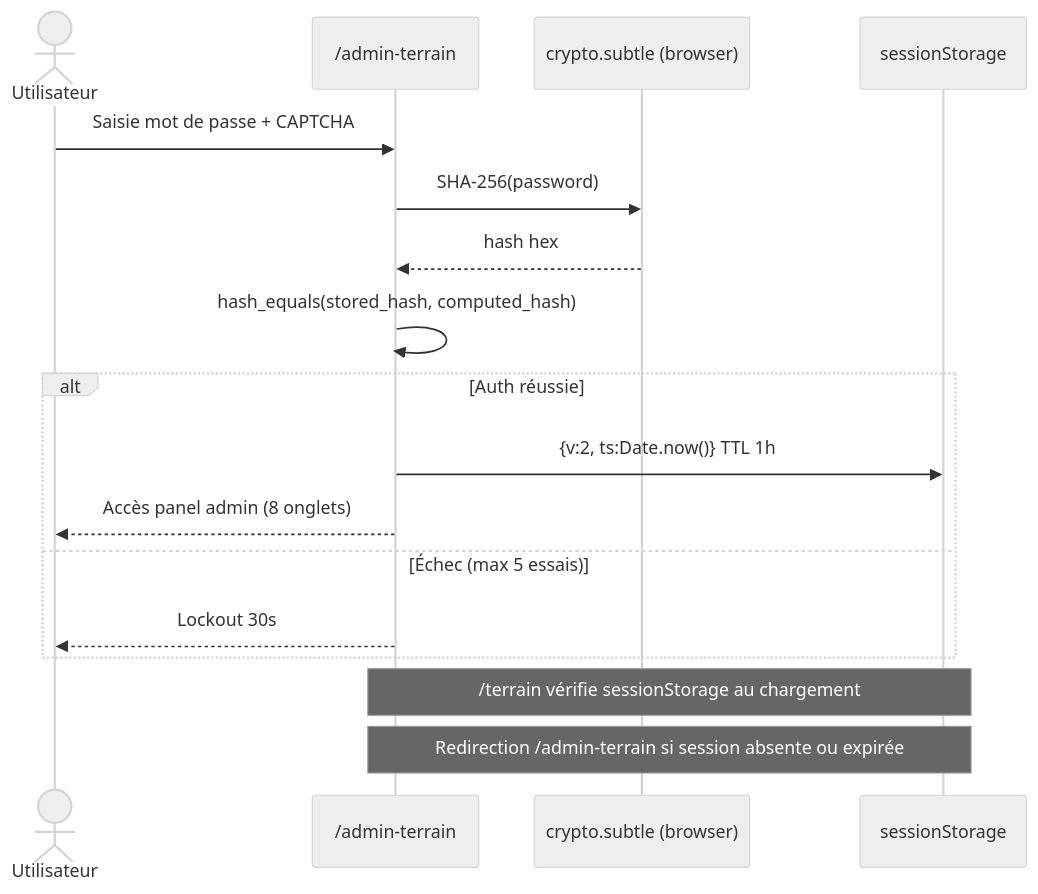
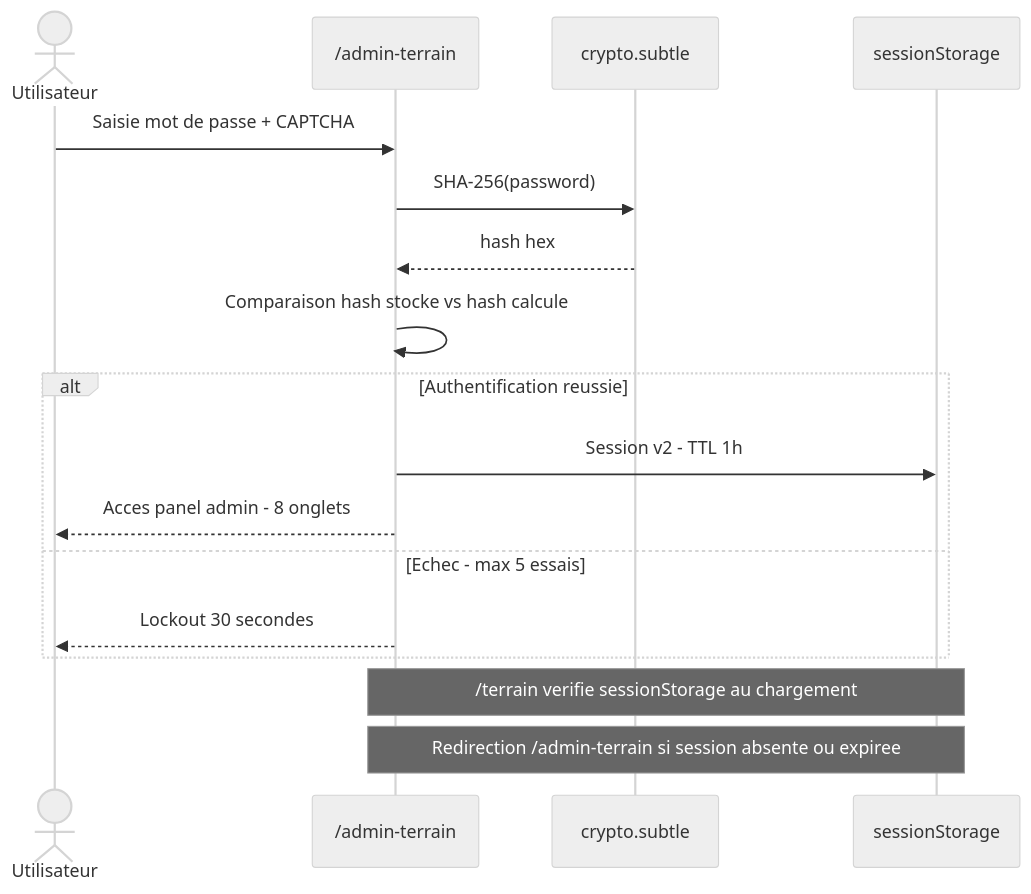
Before and after one commit to stepstev/tourdata2026.oceanphenix.fr: the second of 6 diagrams in README.md, drawn with Mermaid (neutral theme). The commit also changed other lines of this file, not shown here.

Commit message:
docs: correction erreurs Mermaid (sequenceDiagram accolades, backslash-n, TD conflit, HTML tags, & multi-cible avec label)

````diff
--- a/README.md
+++ b/README.md
@@ -161,22 +166,22 @@
 ```mermaid
 sequenceDiagram
     actor U as Utilisateur
     participant P as /admin-terrain
-    participant CS as crypto.subtle (browser)
+    participant CS as crypto.subtle
     participant SS as sessionStorage
 
     U->>P: Saisie mot de passe + CAPTCHA
     P->>CS: SHA-256(password)
     CS-->>P: hash hex
-    P->>P: hash_equals(stored_hash, computed_hash)
+    P->>P: Comparaison hash stocke vs hash calcule
 
-    alt Auth réussie
-        P->>SS: {v:2, ts:Date.now()} TTL 1h
-        P-->>U: Accès panel admin (8 onglets)
-    else Échec (max 5 essais)
-        P-->>U: Lockout 30s
+    alt Authentification reussie
+        P->>SS: Session v2 - TTL 1h
+        P-->>U: Acces panel admin - 8 onglets
+    else Echec - max 5 essais
+        P-->>U: Lockout 30 secondes
     end
 
-    Note over P,SS: /terrain vérifie sessionStorage au chargement
-    Note over P,SS: Redirection /admin-terrain si session absente ou expirée
+    Note over P,SS: /terrain verifie sessionStorage au chargement
+    Note over P,SS: Redirection /admin-terrain si session absente ou expiree
 ```
````
